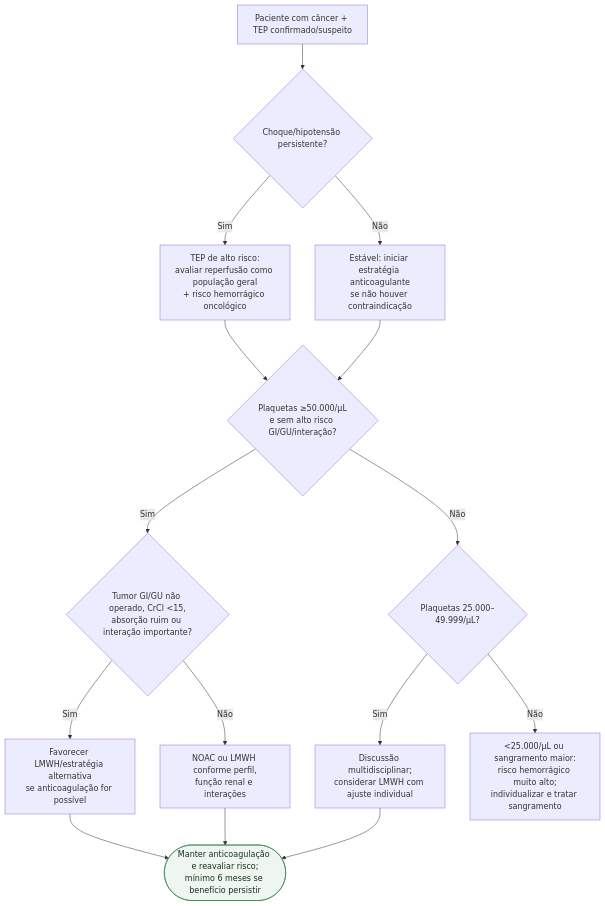
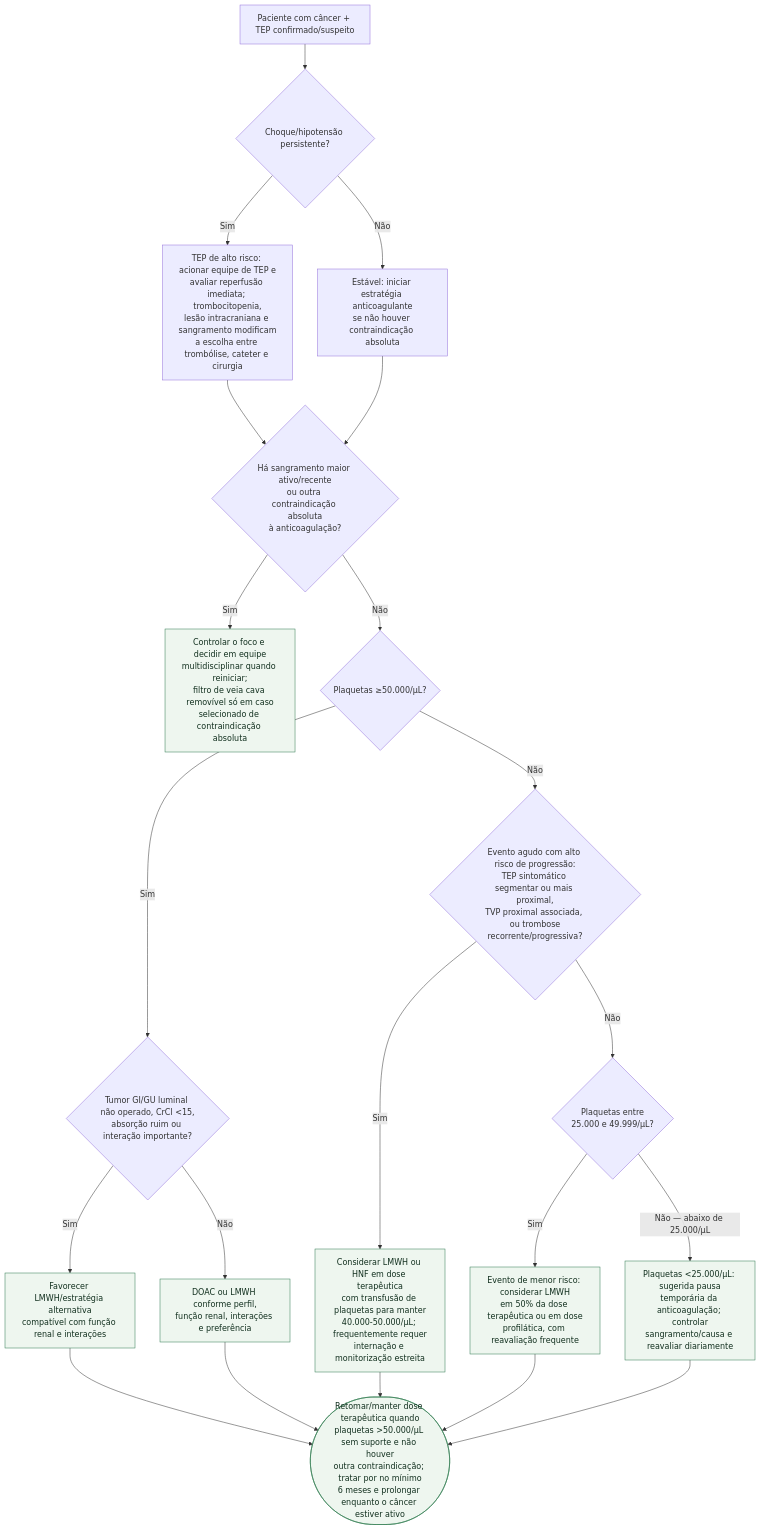
Before and after one commit to rafaelpaesmeirelles/MeuCardio: the diagram in content/Cardio-oncologia/fluxograma-tromboembolismo-pulmonar-agudo-associado-ao-cancer-e-trombocitopenia.md, drawn with Mermaid. The commit also changed other lines of this file and 30 other files, not shown here.

````diff
--- a/content/Cardio-oncologia/fluxograma-tromboembolismo-pulmonar-agudo-associado-ao-cancer-e-trombocitopenia.md
+++ b/content/Cardio-oncologia/fluxograma-tromboembolismo-pulmonar-agudo-associado-ao-cancer-e-trombocitopenia.md
@@ -13,33 +14,43 @@
 ```mermaid
 flowchart TD
   R0["Paciente com câncer + TEP confirmado/suspeito"]
   D1{"Choque/hipotensão persistente?"}
-  P1["TEP de alto risco:<br/>avaliar reperfusão como população geral<br/>+ risco hemorrágico oncológico"]
-  P2["Estável: iniciar estratégia anticoagulante<br/>se não houver contraindicação"]
-  D2{"Plaquetas ≥50.000/µL<br/>e sem alto risco GI/GU/interação?"}
-  P3["NOAC ou LMWH conforme perfil,<br/>função renal e interações"]
-  D3{"Plaquetas 25.000–49.999/µL?"}
-  P4["Discussão multidisciplinar;<br/>considerar LMWH com ajuste individual"]
-  P5["<25.000/µL ou sangramento maior:<br/>risco hemorrágico muito alto;<br/>individualizar e tratar sangramento"]
-  D4{"Tumor GI/GU não operado, CrCl <15,<br/>absorção ruim ou interação importante?"}
-  P6["Favorecer LMWH/estratégia alternativa<br/>se anticoagulação for possível"]
-  C1(["Manter anticoagulação e reavaliar risco;<br/>mínimo 6 meses se benefício persistir"])
+  P1["TEP de alto risco: acionar equipe de TEP e<br/>avaliar reperfusão imediata; trombocitopenia,<br/>lesão intracraniana e sangramento modificam<br/>a escolha entre trombólise, cateter e cirurgia"]
+  P2["Estável: iniciar estratégia anticoagulante<br/>se não houver contraindicação absoluta"]
+  D2{"Há sangramento maior ativo/recente<br/>ou outra contraindicação absoluta<br/>à anticoagulação?"}
+  P3["Controlar o foco e decidir em equipe<br/>multidisciplinar quando reiniciar;<br/>filtro de veia cava removível só em caso<br/>selecionado de contraindicação absoluta"]
+  D3{"Plaquetas ≥50.000/µL?"}
+  D4{"Tumor GI/GU luminal não operado, CrCl <15,<br/>absorção ruim ou interação importante?"}
+  P4["Favorecer LMWH/estratégia alternativa<br/>compatível com função renal e interações"]
+  P5["DOAC ou LMWH conforme perfil,<br/>função renal, interações e preferência"]
+  D5{"Evento agudo com alto risco de progressão:<br/>TEP sintomático segmentar ou mais proximal,<br/>TVP proximal associada, ou trombose<br/>recorrente/progressiva?"}
+  P6["Considerar LMWH ou HNF em dose terapêutica<br/>com transfusão de plaquetas para manter<br/>40.000-50.000/µL; frequentemente requer<br/>internação e monitorização estreita"]
+  D6{"Plaquetas entre<br/>25.000 e 49.999/µL?"}
+  P7["Evento de menor risco: considerar LMWH<br/>em 50% da dose terapêutica ou em dose<br/>profilática, com reavaliação frequente"]
+  P8["Plaquetas <25.000/µL: sugerida pausa<br/>temporária da anticoagulação; controlar<br/>sangramento/causa e reavaliar diariamente"]
+  C1(["Retomar/manter dose terapêutica quando<br/>plaquetas >50.000/µL sem suporte e não houver<br/>outra contraindicação; tratar por no mínimo<br/>6 meses e prolongar enquanto o câncer estiver ativo"])
 
   R0 --> D1
   D1 -->|"Sim"| P1
   D1 -->|"Não"| P2
   P1 --> D2
   P2 --> D2
-  D2 -->|"Sim"| D4
+  D2 -->|"Sim"| P3
   D2 -->|"Não"| D3
-  D3 -->|"Sim"| P4
-  D3 -->|"Não"| P5
-  D4 -->|"Sim"| P6
-  D4 -->|"Não"| P3
-  P3 --> C1
+  D3 -->|"Sim"| D4
+  D3 -->|"Não"| D5
+  D4 -->|"Sim"| P4
+  D4 -->|"Não"| P5
+  D5 -->|"Sim"| P6
+  D5 -->|"Não"| D6
+  D6 -->|"Sim"| P7
+  D6 -->|"Não — abaixo de 25.000/µL"| P8
   P4 --> C1
+  P5 --> C1
   P6 --> C1
+  P7 --> C1
+  P8 --> C1
 
   classDef conduta fill:#eef6ef,stroke:#2f7a4f,color:#12301f;
-  class C1 conduta;
+  class P3,P4,P5,P6,P7,P8,C1 conduta;
 ```
````
